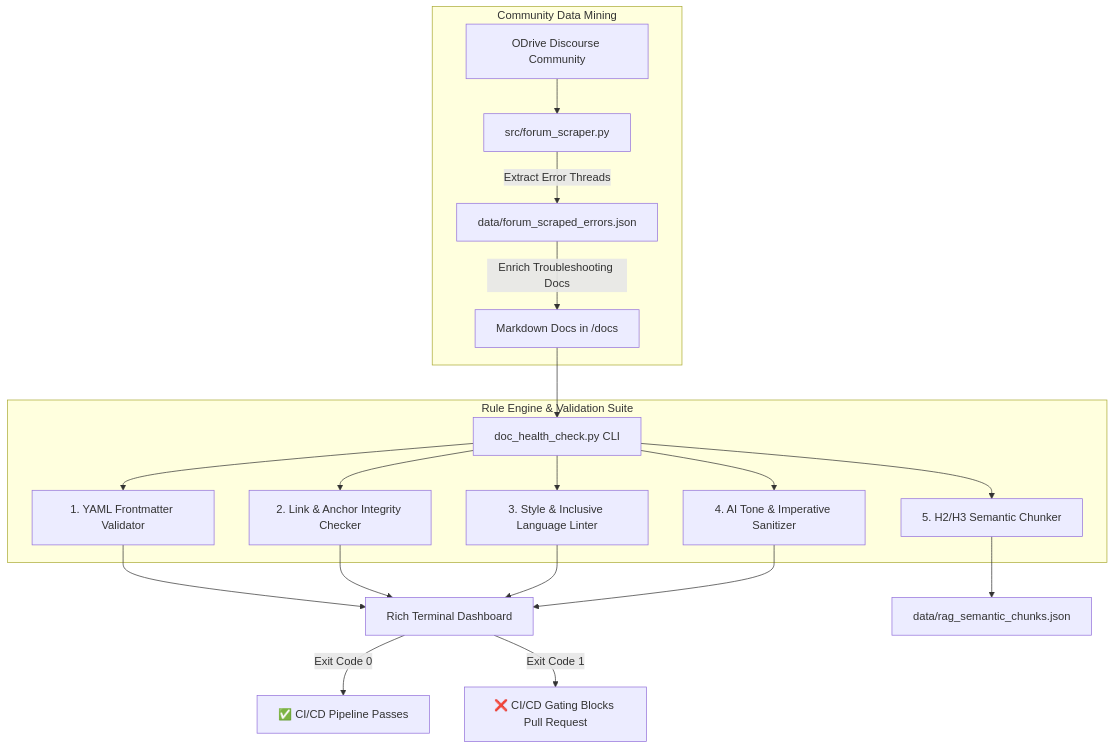
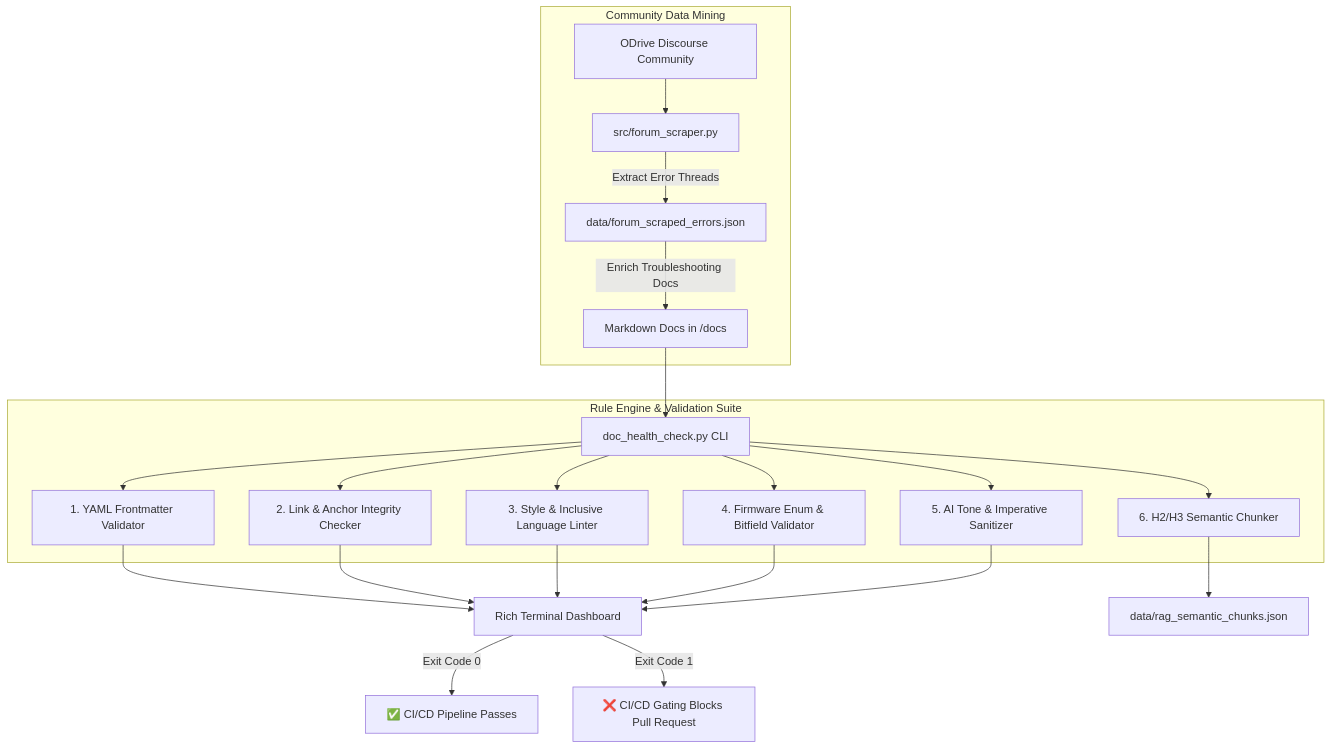
One commit to jengland555/odrive-api-docs changed the diagram in README.md. Above: the diagram before and after it, drawn with Mermaid. The commit also changed other lines of this file and 1 other file, not shown here.

Commit message:
docs: fix broken interview-guide link and stale 5-stage diagram in README
The interview_case_study.html link used an absolute file:///Users/... path
that only worked on the original authoring machine, and the architecture
mermaid diagram (plus a prose bullet) still described 5 validation stages
from before the firmware enum validator was added.

- Link now relative, works on GitHub.
- Diagram and prose updated to the real 6-stage pipeline order.

````diff
--- a/README.md
+++ b/README.md
@@ -17,24 +17,25 @@
 ```mermaid
 flowchart TD
     A[Markdown Docs in /docs] --> B[doc_health_check.py CLI]
     
     subgraph Rule Engine & Validation Suite
         B --> C[1. YAML Frontmatter Validator]
         B --> D[2. Link & Anchor Integrity Checker]
         B --> E[3. Style & Inclusive Language Linter]
-        B --> F[4. AI Tone & Imperative Sanitizer]
-        B --> G[5. H2/H3 Semantic Chunker]
+        B --> F[4. Firmware Enum & Bitfield Validator]
+        B --> P[5. AI Tone & Imperative Sanitizer]
+        B --> G[6. H2/H3 Semantic Chunker]
     end
     
     subgraph Community Data Mining
         H[ODrive Discourse Community] --> I[src/forum_scraper.py]
         I -->|Extract Error Threads| J[data/forum_scraped_errors.json]
         J -->|Enrich Troubleshooting Docs| A
     end
     
-    C & D & E & F --> K[Rich Terminal Dashboard]
+    C & D & E & F & P --> K[Rich Terminal Dashboard]
     G --> L[data/rag_semantic_chunks.json]
     
     K -->|Exit Code 0| M[✅ CI/CD Pipeline Passes]
     K -->|Exit Code 1| N[❌ CI/CD Gating Blocks Pull Request]
 ```
````
